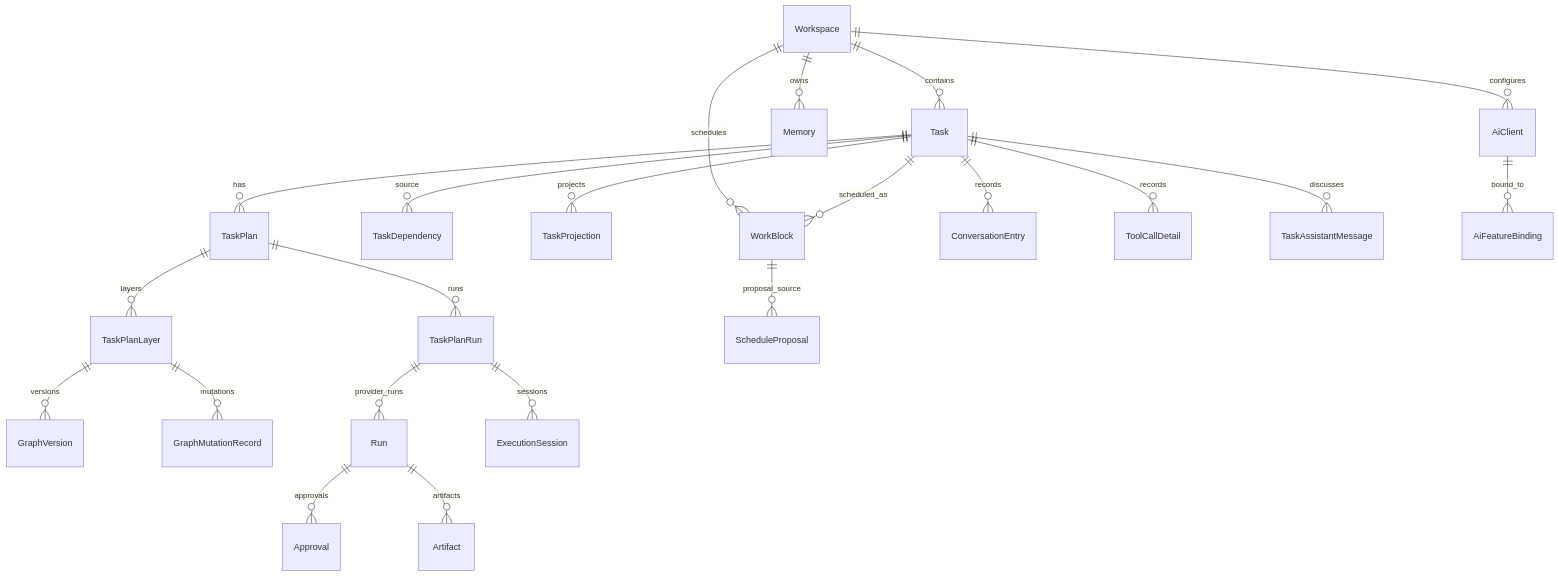
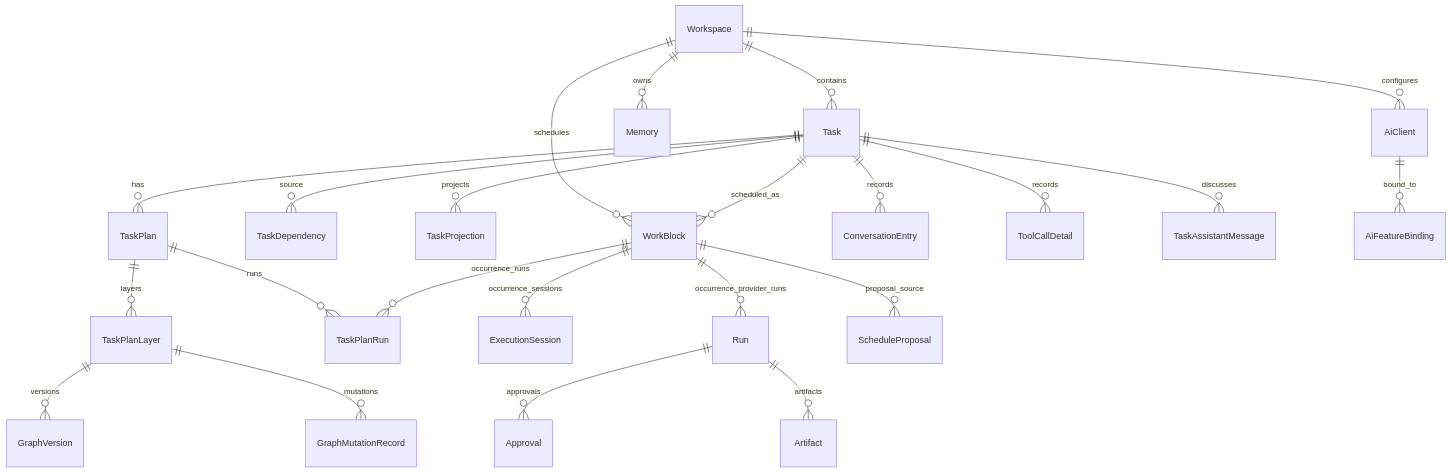
The diagram in docs/data-model.md (saya-ashen/Chrona), drawn with Mermaid before and after one commit. The commit also changed other lines of this file and 251 other files, not shown here.

First line of the commit message:
Refactor plan execution runtime and structured task workspace (#27)

````diff
--- a/docs/data-model.md
+++ b/docs/data-model.md
@@ -28,28 +28,29 @@
 ```mermaid
 erDiagram
   Workspace ||--o{ Task : contains
   Workspace ||--o{ Memory : owns
   Workspace ||--o{ AiClient : configures
   Workspace ||--o{ WorkBlock : schedules
 
   Task ||--o{ TaskDependency : source
   Task ||--o{ TaskProjection : projects
   Task ||--o{ TaskPlan : has
   Task ||--o{ WorkBlock : scheduled_as
   Task ||--o{ ConversationEntry : records
   Task ||--o{ ToolCallDetail : records
   Task ||--o{ TaskAssistantMessage : discusses
 
   TaskPlan ||--o{ TaskPlanLayer : layers
   TaskPlan ||--o{ TaskPlanRun : runs
   TaskPlanLayer ||--o{ GraphVersion : versions
   TaskPlanLayer ||--o{ GraphMutationRecord : mutations
 
-  TaskPlanRun ||--o{ Run : provider_runs
-  TaskPlanRun ||--o{ ExecutionSession : sessions
+  WorkBlock ||--o{ TaskPlanRun : occurrence_runs
+  WorkBlock ||--o{ ExecutionSession : occurrence_sessions
+  WorkBlock ||--o{ Run : occurrence_provider_runs
   Run ||--o{ Approval : approvals
   Run ||--o{ Artifact : artifacts
 
   AiClient ||--o{ AiFeatureBinding : bound_to
   WorkBlock ||--o{ ScheduleProposal : proposal_source
 ```
````
